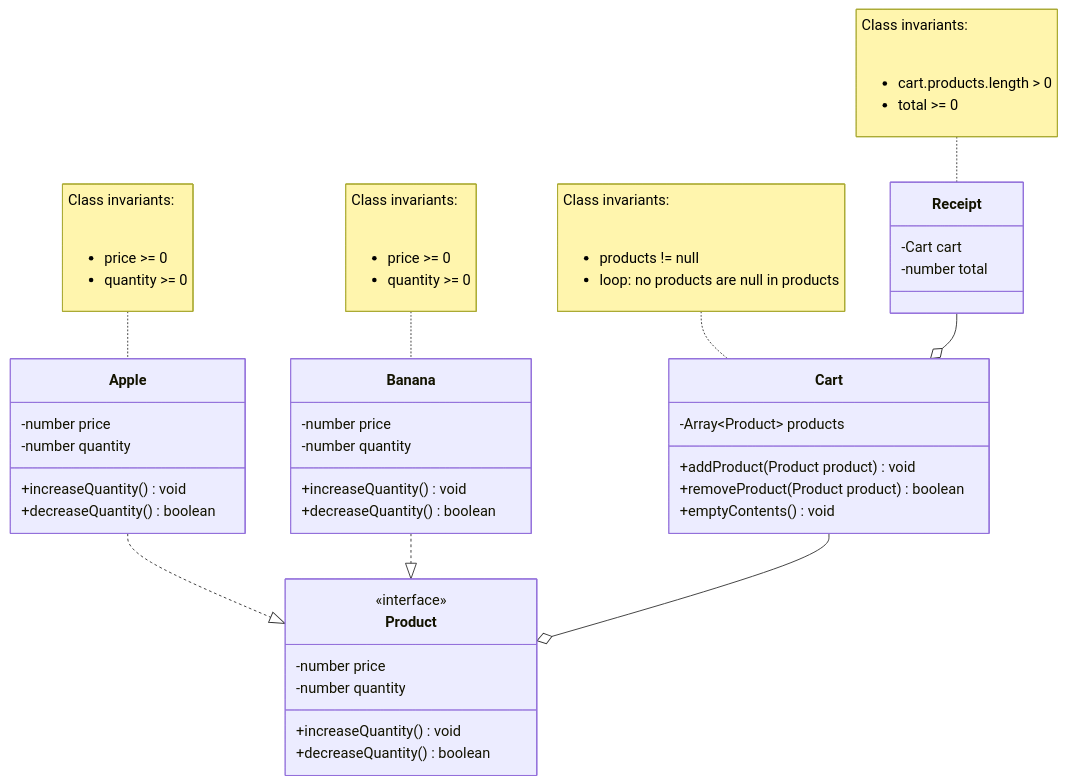
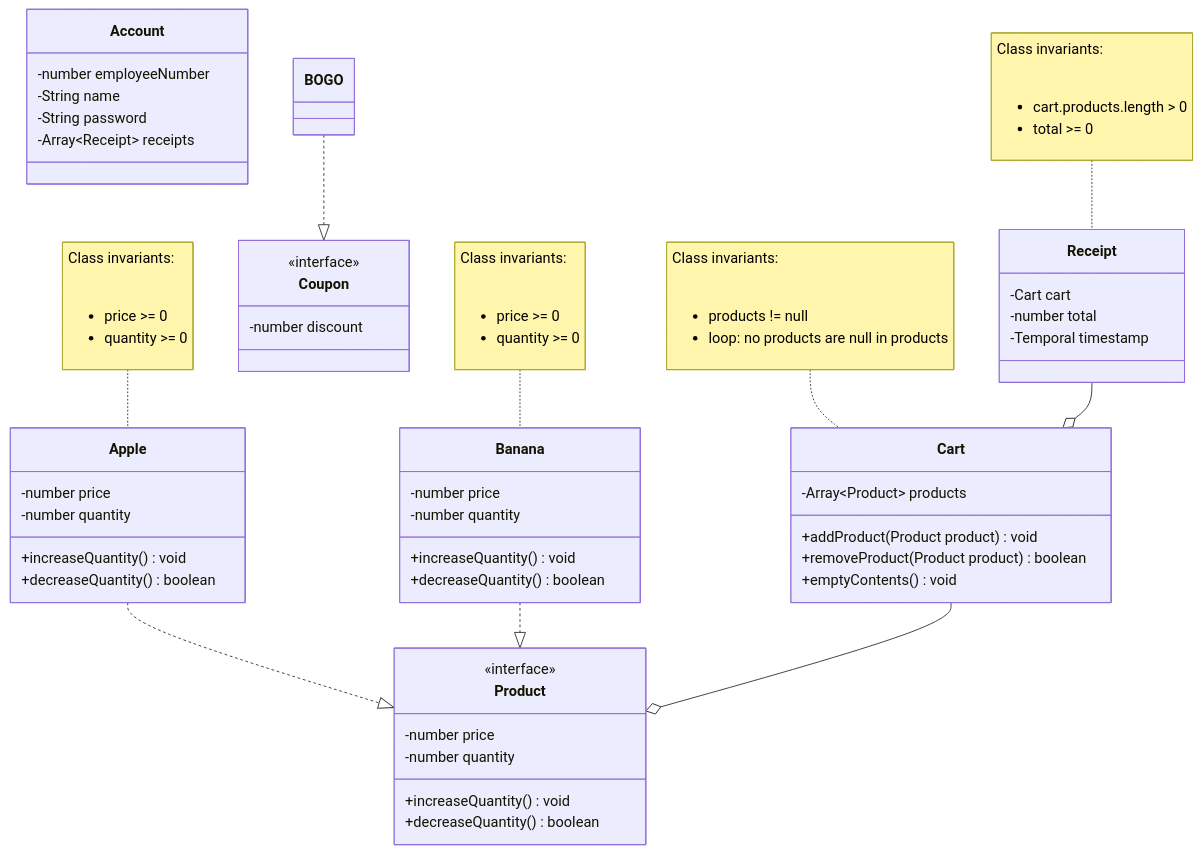
Before and after one commit to samanthaegilson/COMP-2452: the diagram in 2452-pos/domain.md, drawn with Mermaid. The commit also changed 6 other files, not shown here.

````diff
--- a/2452-pos/domain.md
+++ b/2452-pos/domain.md
@@ -17,64 +17,82 @@
 ```mermaid
 classDiagram
   class Product {
     <<interface>>
     -number price
     -number quantity
 
     +increaseQuantity() void
     +decreaseQuantity() boolean
   }
 
   class Apple {
     -number price
     -number quantity
 
     +increaseQuantity() void
     +decreaseQuantity() boolean
   }
   Apple ..|> Product
 
   note for Apple "Class invariants:  <ul>
     <li> price >= 0
     <li> quantity >= 0
     </ul>"
 
   class Banana {
     -number price
     -number quantity
 
     +increaseQuantity() void
     +decreaseQuantity() boolean
   }
   Banana ..|> Product
 
   note for Banana "Class invariants:  <ul>
     <li> price >= 0
     <li> quantity >= 0
     </ul>"
 
   class Cart {
     -Array~Product~ products
 
     +addProduct(Product product) void
     +removeProduct(Product product) boolean
     +emptyContents() void
   }
   Cart --o Product
 
   note for Cart "Class invariants:  <ul>
     <li> products != null
     <li> loop: no products are null in products
     </ul>"
 
   class Receipt {
     -Cart cart
     -number total
+    -Temporal timestamp
   }
   Receipt --o Cart
 
   note for Receipt "Class invariants:  <ul>
     <li> cart.products.length > 0
     <li> total >= 0
     </ul>"
+
+  class Account {
+    -number employeeNumber
+    -String name
+    -String password
+    -Array~Receipt~ receipts
+  }
+
+  class Coupon {
+    <<interface>>
+    -number discount
+  }
+
+  class BOGO {
+
+  }
+  BOGO ..|> Coupon
 ```
````
